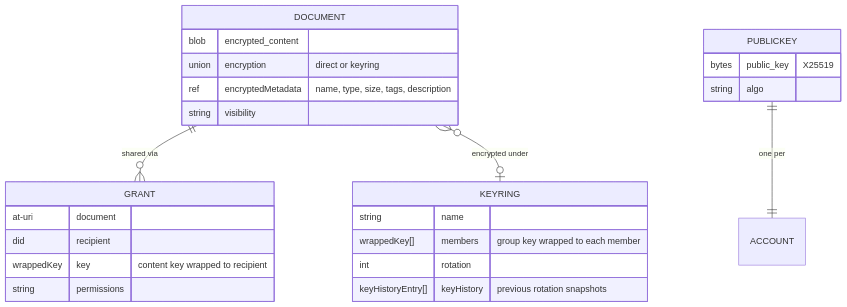
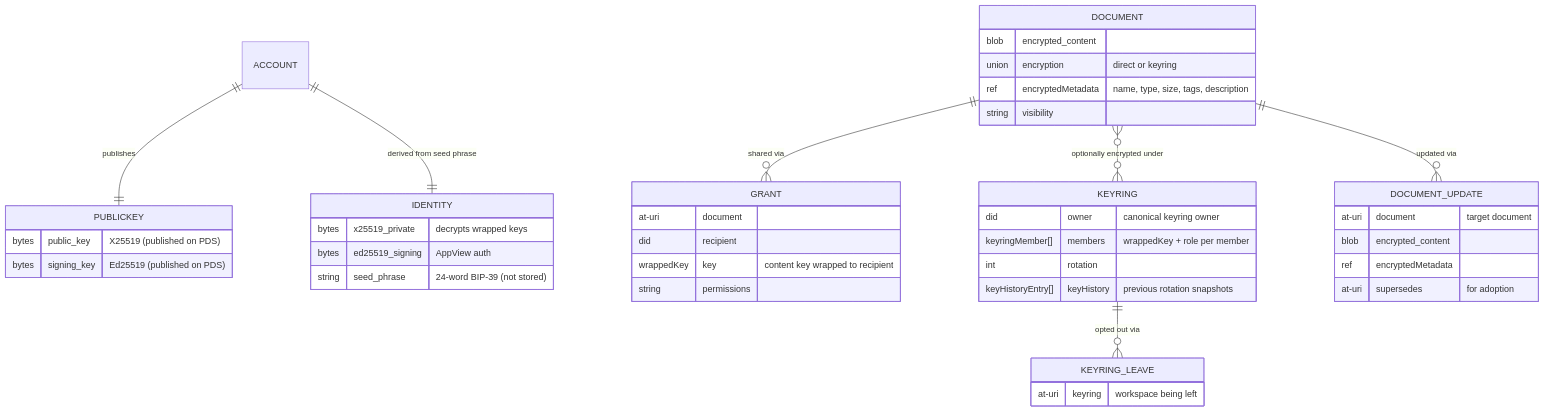
One commit to Sans-Self/Opake changed the second of 2 diagrams in docs/ARCHITECTURE.md. Above: the diagram before and after it, drawn with Mermaid. The commit also changed other lines of this file and 363 other files, not shown here.

First line of the commit message:
Workspace rework: proposals, daemon, cache layer, member management

````diff
--- a/docs/ARCHITECTURE.md
+++ b/docs/ARCHITECTURE.md
@@ -293,32 +118,52 @@
 ```mermaid
 erDiagram
+    ACCOUNT ||--|| PUBLICKEY : "publishes"
+    ACCOUNT ||--|| IDENTITY : "derived from seed phrase"
     DOCUMENT ||--o{ GRANT : "shared via"
-    DOCUMENT }o--o| KEYRING : "encrypted under"
-    PUBLICKEY ||--|| ACCOUNT : "one per"
+    DOCUMENT }o--o{ KEYRING : "optionally encrypted under"
+    DOCUMENT ||--o{ DOCUMENT_UPDATE : "updated via"
+    KEYRING ||--o{ KEYRING_LEAVE : "opted out via"
 
     DOCUMENT {
         blob encrypted_content
         union encryption "direct or keyring"
         ref encryptedMetadata "name, type, size, tags, description"
         string visibility
     }
 
     GRANT {
         at-uri document
         did recipient
         wrappedKey key "content key wrapped to recipient"
         string permissions
     }
 
     KEYRING {
-        string name
-        wrappedKey[] members "group key wrapped to each member"
+        did owner "canonical keyring owner"
+        keyringMember[] members "wrappedKey + role per member"
         int rotation
         keyHistoryEntry[] keyHistory "previous rotation snapshots"
     }
 
+    DOCUMENT_UPDATE {
+        at-uri document "target document"
+        blob encrypted_content
+        ref encryptedMetadata
+        at-uri supersedes "for adoption"
+    }
+
+    KEYRING_LEAVE {
+        at-uri keyring "workspace being left"
+    }
+
+    IDENTITY {
+        bytes x25519_private "decrypts wrapped keys"
+        bytes ed25519_signing "AppView auth"
+        string seed_phrase "24-word BIP-39 (not stored)"
+    }
+
     PUBLICKEY {
-        bytes public_key "X25519"
-        string algo
+        bytes public_key "X25519 (published on PDS)"
+        bytes signing_key "Ed25519 (published on PDS)"
     }
 ```
````
